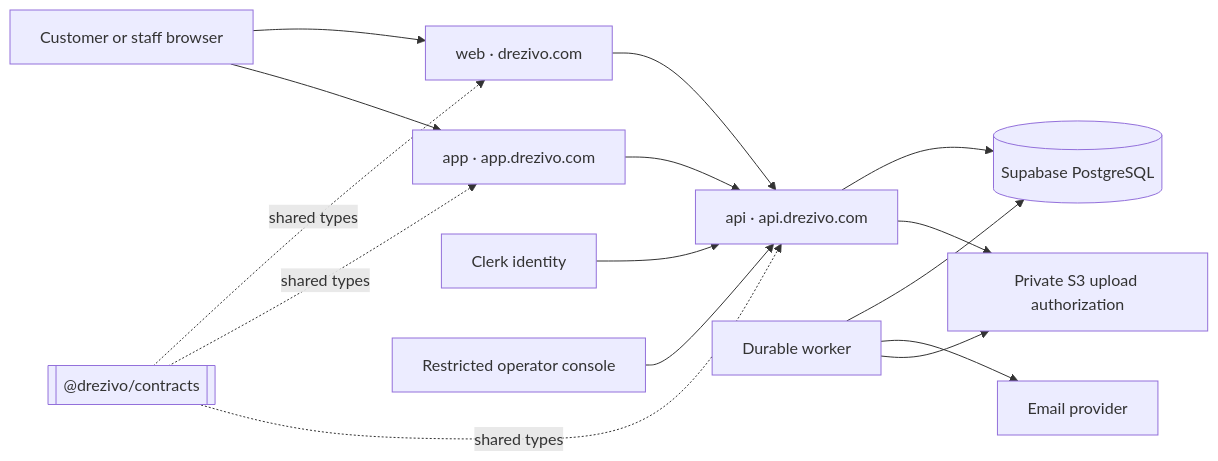
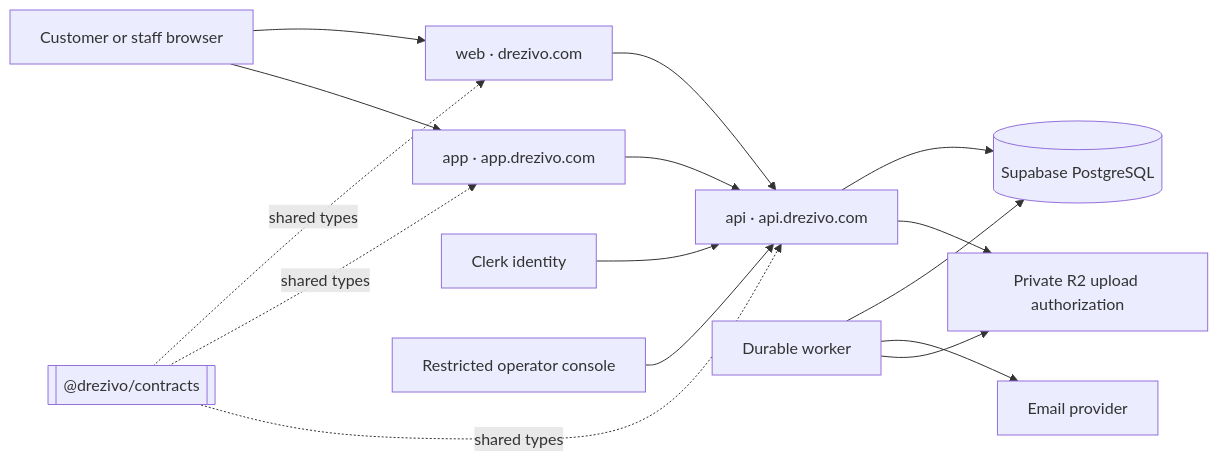
Before and after one commit to Drezivo/drezivo: the diagram in docs/architecture/Drezivo-TRD.md, drawn with Mermaid. The commit also changed other lines of this file and 110 other files, not shown here.

````diff
--- a/docs/architecture/Drezivo-TRD.md
+++ b/docs/architecture/Drezivo-TRD.md
@@ -52,17 +54,17 @@
 ```mermaid
 flowchart LR
   U[Customer or staff browser] --> W[web · drezivo.com]
   U --> B[app · app.drezivo.com]
   K[["@drezivo/contracts"]] -.shared types.-> W
   K -.shared types.-> B
   K -.shared types.-> A
   W --> A[api · api.drezivo.com]
   B --> A
   C[Clerk identity] --> A
   A --> D[(Supabase PostgreSQL)]
-  A --> S[Private S3 upload authorization]
+  A --> S[Private R2 upload authorization]
   J[Durable worker] --> D
   J --> E[Email provider]
   J --> S
   O[Restricted operator console] --> A
 ```
````
